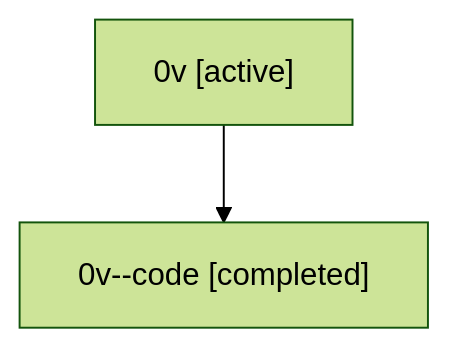
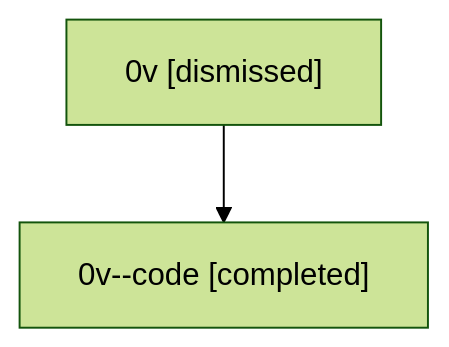
One commit to sase-org/sase--agents changed the diagram in sessions/bbugyi200.athena.0v.md. Above: the diagram before and after it, drawn with Mermaid (forest theme). The commit also changed other lines of this file and 12 other files, not shown here.

````diff
--- a/sessions/bbugyi200.athena.0v.md
+++ b/sessions/bbugyi200.athena.0v.md
@@ -9,6 +9,6 @@
 ```mermaid
 flowchart TD
-  n0["0v [active]"]
+  n0["0v [dismissed]"]
   n1["0v--code [completed]"]
   n0 --> n1
 ```
````
